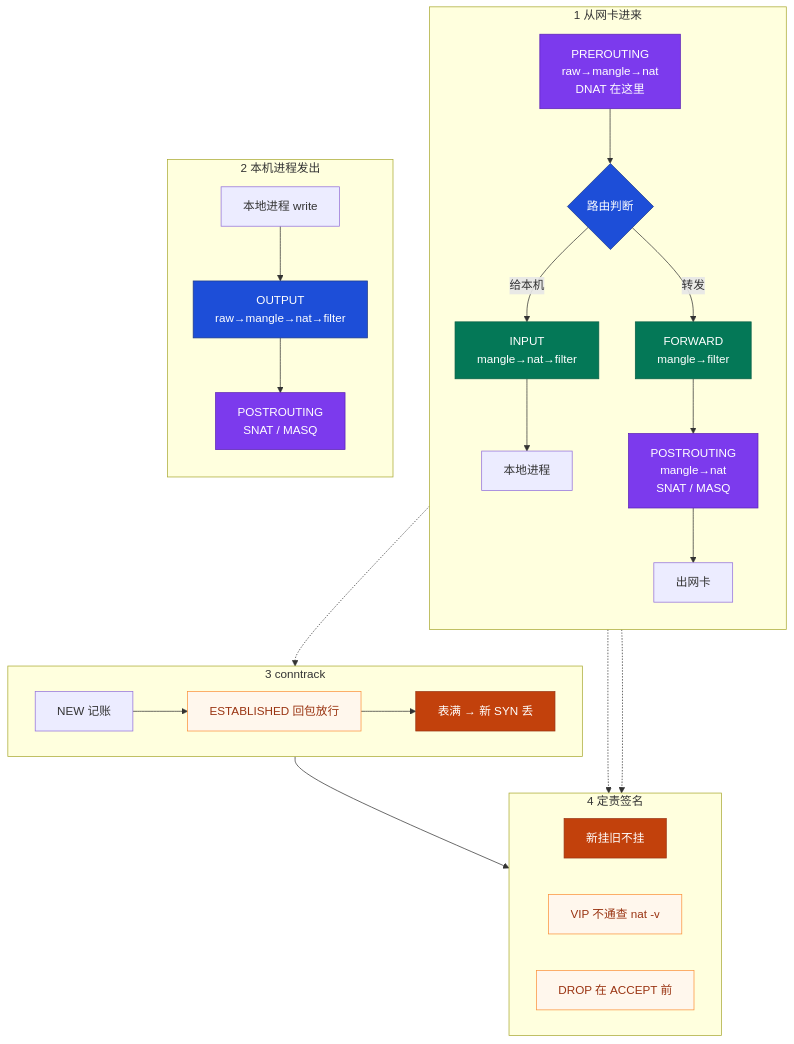
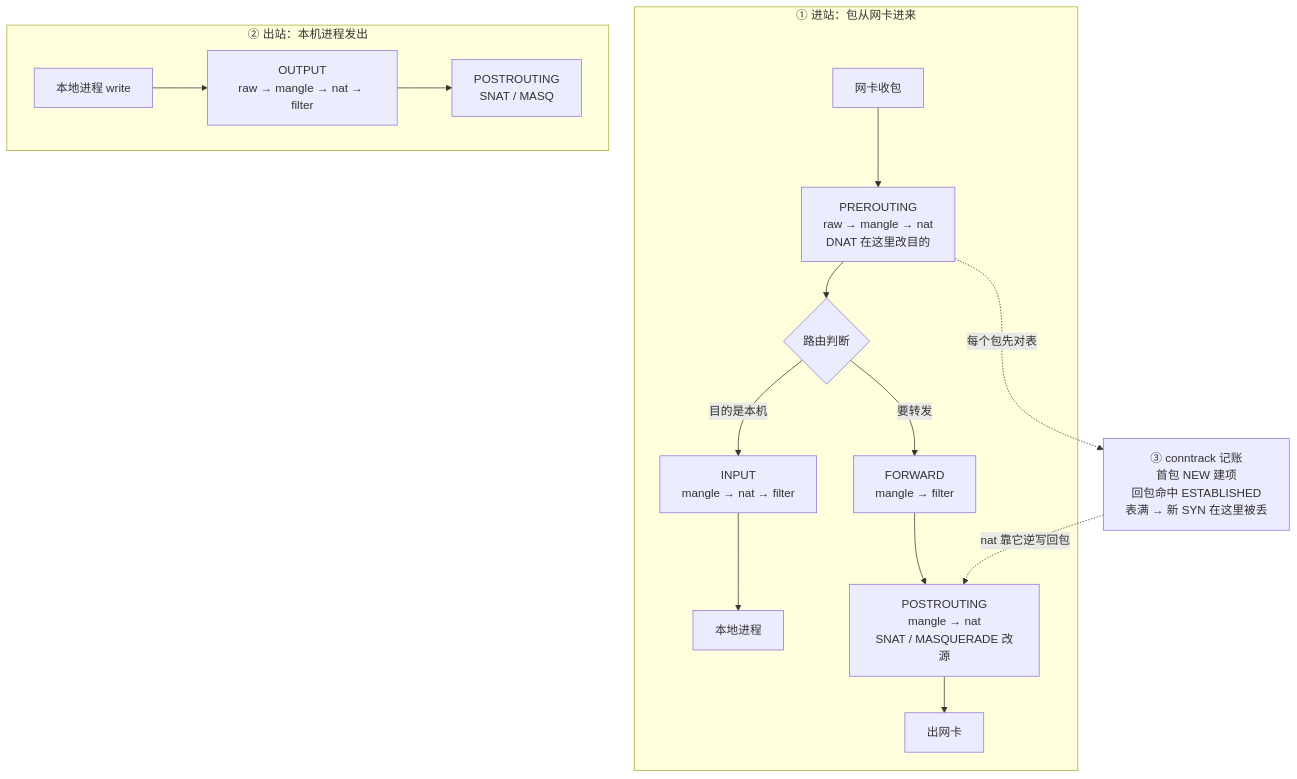
The first of 4 diagrams in 01-基础底座/17-iptables与conntrack/知识点.md (ml-cuizijun/LearnToLilith), drawn with Mermaid before and after one commit. The commit also changed other lines of this file and 470 other files, not shown here.

````diff
--- a/01-基础底座/17-iptables与conntrack/知识点.md
+++ b/01-基础底座/17-iptables与conntrack/知识点.md
@@ -55,48 +15,19 @@
 ```mermaid
 flowchart TB
-    classDef chain fill:#1D4ED8,stroke:#1E3A8A,color:#fff
-    classDef nat fill:#7C3AED,stroke:#5B21B6,color:#fff
-    classDef flt fill:#047857,stroke:#065F46,color:#fff
-    classDef danger fill:#C2410C,stroke:#9A3412,color:#fff
-    classDef note fill:#FFF7ED,stroke:#FB923C,color:#9A3412
-
-    subgraph IN["1 从网卡进来"]
-        direction TB
-        PRE["PREROUTING<br/>raw→mangle→nat<br/>DNAT 在这里"] --> RT{"路由判断"}
-        RT -->|给本机| INP["INPUT<br/>mangle→nat→filter"]
-        RT -->|转发| FWD["FORWARD<br/>mangle→filter"]
-        INP --> LOCAL["本地进程"]
-        FWD --> POST["POSTROUTING<br/>mangle→nat<br/>SNAT / MASQ"]
-        POST --> OUTNIC["出网卡"]
+    subgraph IN["① 进站：包从网卡进来"]
+        NIC["网卡收包"] --> PRE["PREROUTING<br/>raw → mangle → nat<br/>DNAT 在这里改目的"]
+        PRE --> RT{"路由判断"}
+        RT -->|"目的是本机"| INP["INPUT<br/>mangle → nat → filter"]
+        RT -->|"要转发"| FWD["FORWARD<br/>mangle → filter"]
+        INP --> PROC["本地进程"]
+        FWD --> POST["POSTROUTING<br/>mangle → nat<br/>SNAT / MASQUERADE 改源"]
+        POST --> NIC2["出网卡"]
     end
-
-    subgraph OUT["2 本机进程发出"]
-        direction TB
-        APP["本地进程 write"] --> OUTPUT["OUTPUT<br/>raw→mangle→nat→filter"]
-        OUTPUT --> POST2["POSTROUTING<br/>SNAT / MASQ"]
+    subgraph OUT["② 出站：本机进程发出"]
+        APP["本地进程 write"] --> OUTP["OUTPUT<br/>raw → mangle → nat → filter"]
+        OUTP --> POST2["POSTROUTING<br/>SNAT / MASQ"]
     end
-
-    subgraph CT["3 conntrack"]
-        direction LR
-        NEW["NEW 记账"] --> EST["ESTABLISHED 回包放行"]
-        EST --> FULL["表满 → 新 SYN 丢"]
-    end
-
-    subgraph FULLBOX["4 定责签名"]
-        direction LR
-        S1["新挂旧不挂"]
-        S2["VIP 不通查 nat -v"]
-        S3["DROP 在 ACCEPT 前"]
-    end
-
-    PRE -.-> NEW
-    FULL --> S1
-    POST -.-> S2
-    INP -.-> S3
-
-    class PRE,RT,INP,FWD,OUTPUT,POST,POST2 chain
-    class PRE,POST,POST2 nat
-    class INP,FWD flt
-    class FULL,S1 danger
-    class S2,S3,EST note
+    CT["③ conntrack 记账<br/>首包 NEW 建项<br/>回包命中 ESTABLISHED<br/>表满 → 新 SYN 在这里被丢"]
+    PRE -.->|"每个包先对表"| CT
+    CT -.->|"nat 靠它逆写回包"| POST
 ```
````
